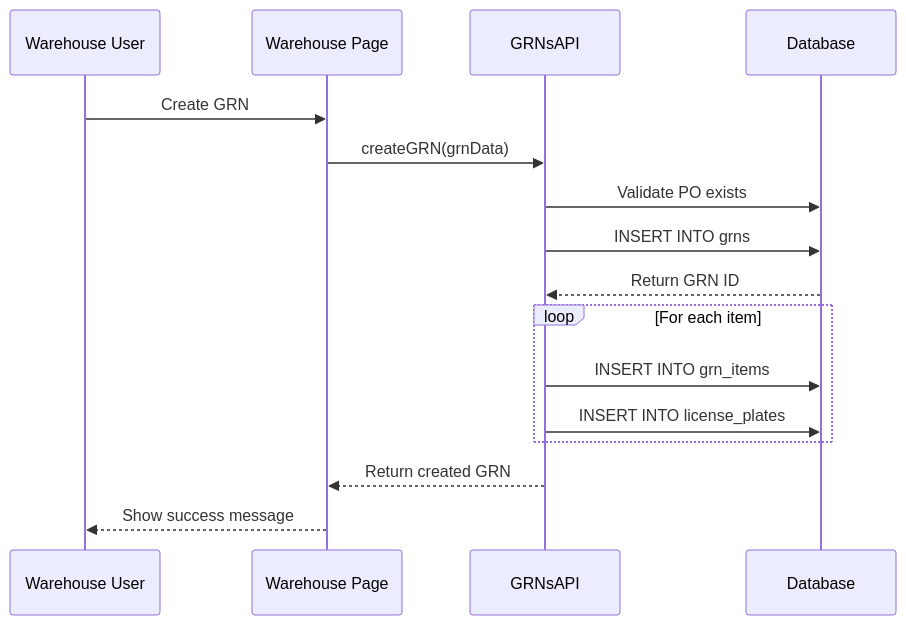
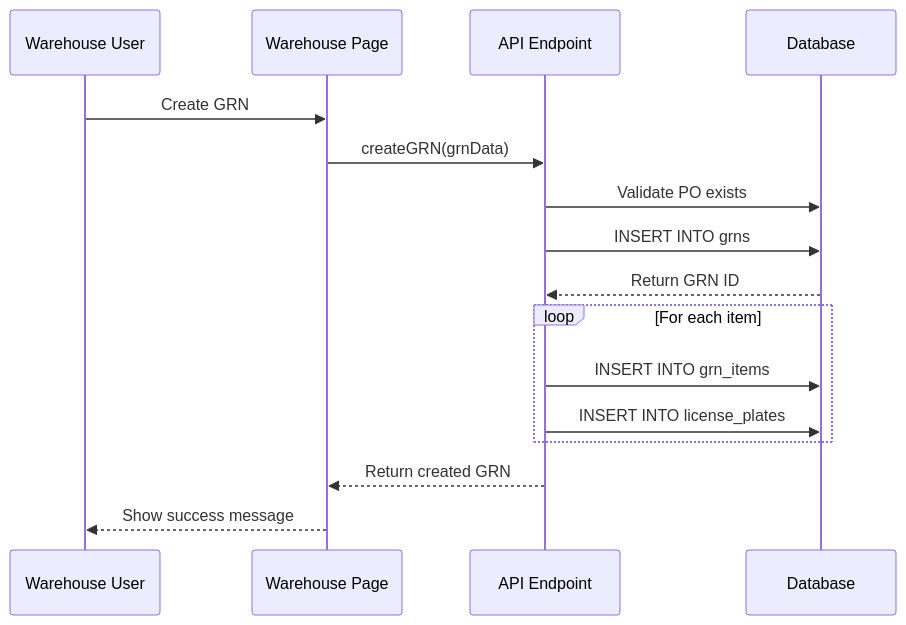
One commit to CoderMariusz/MonoPilot changed the second of 4 diagrams in docs/modules/warehouse/WAREHOUSE_MODULE_GUIDE.md. Above: the diagram before and after it, drawn with Mermaid. The commit also changed other lines of this file and 14 other files, not shown here.

````diff
--- a/docs/modules/warehouse/WAREHOUSE_MODULE_GUIDE.md
+++ b/docs/modules/warehouse/WAREHOUSE_MODULE_GUIDE.md
@@ -134,21 +131,21 @@
 ```mermaid
 sequenceDiagram
     participant W as Warehouse User
     participant UI as Warehouse Page
-    participant API as GRNsAPI
+    participant API as API Endpoint
     participant DB as Database
     
     W->>UI: Create GRN
     UI->>API: createGRN(grnData)
     API->>DB: Validate PO exists
     API->>DB: INSERT INTO grns
     DB-->>API: Return GRN ID
     
     loop For each item
         API->>DB: INSERT INTO grn_items
         API->>DB: INSERT INTO license_plates
     end
     
     API-->>UI: Return created GRN
     UI-->>W: Show success message
 ```
````
